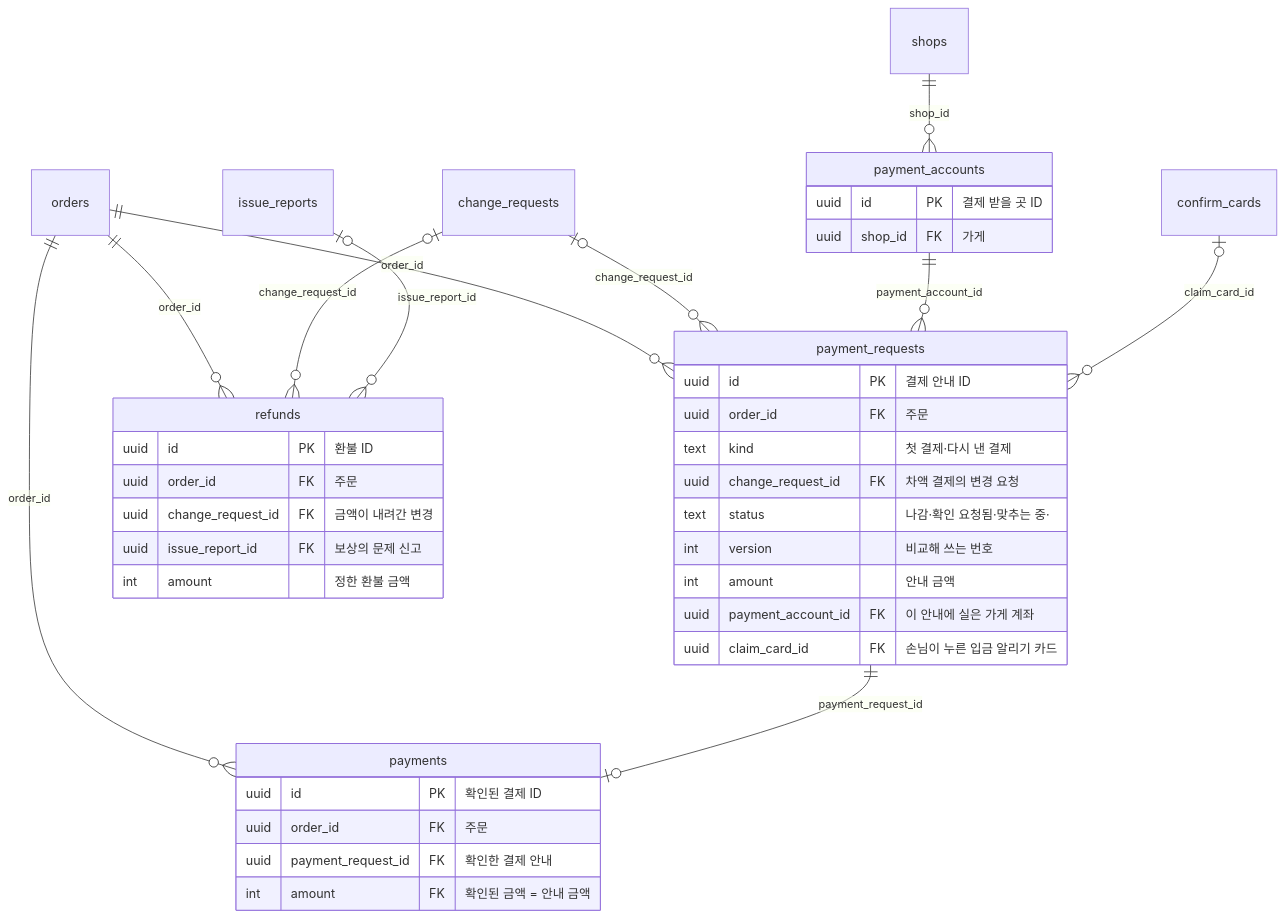
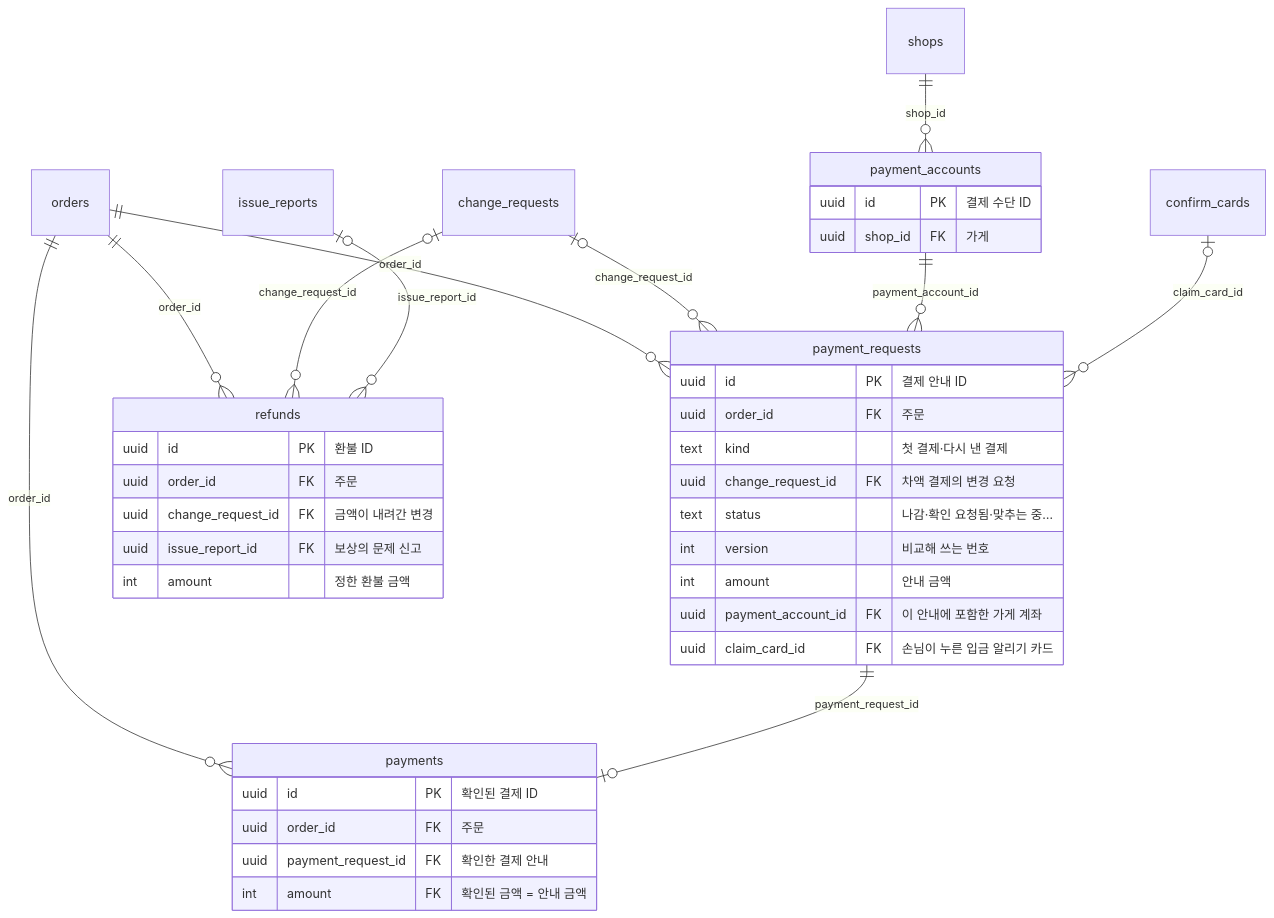
One commit to kodonghui/siljang.ai changed the fifth of 11 diagrams in docs/05-erd/README.md. Above: the diagram before and after it, drawn with Mermaid. The commit also changed other lines of this file and 55 other files, not shown here.

````diff
--- a/docs/05-erd/README.md
+++ b/docs/05-erd/README.md
@@ -409,41 +409,41 @@
 ```mermaid
 erDiagram
   payment_accounts {
-    uuid id PK "결제 받을 곳 ID"
+    uuid id PK "결제 수단 ID"
     uuid shop_id FK "가게"
   }
   payment_requests {
     uuid id PK "결제 안내 ID"
     uuid order_id FK "주문"
     text kind "첫 결제·다시 낸 결제"
     uuid change_request_id FK "차액 결제의 변경 요청"
-    text status "나감·확인 요청됨·맞추는 중·"
+    text status "나감·확인 요청됨·맞추는 중…"
     int version "비교해 쓰는 번호"
     int amount "안내 금액"
-    uuid payment_account_id FK "이 안내에 실은 가게 계좌"
+    uuid payment_account_id FK "이 안내에 포함한 가게 계좌"
     uuid claim_card_id FK "손님이 누른 입금 알리기 카드"
   }
   payments {
     uuid id PK "확인된 결제 ID"
     uuid order_id FK "주문"
     uuid payment_request_id FK "확인한 결제 안내"
     int amount FK "확인된 금액 = 안내 금액"
   }
   refunds {
     uuid id PK "환불 ID"
     uuid order_id FK "주문"
     uuid change_request_id FK "금액이 내려간 변경"
     uuid issue_report_id FK "보상의 문제 신고"
     int amount "정한 환불 금액"
   }
   shops ||--o{ payment_accounts : "shop_id"
   orders ||--o{ payment_requests : "order_id"
   change_requests |o--o{ payment_requests : "change_request_id"
   payment_accounts ||--o{ payment_requests : "payment_account_id"
   confirm_cards |o--o{ payment_requests : "claim_card_id"
   orders ||--o{ payments : "order_id"
   payment_requests ||--o| payments : "payment_request_id"
   orders ||--o{ refunds : "order_id"
   change_requests |o--o{ refunds : "change_request_id"
   issue_reports |o--o{ refunds : "issue_report_id"
 ```
````
